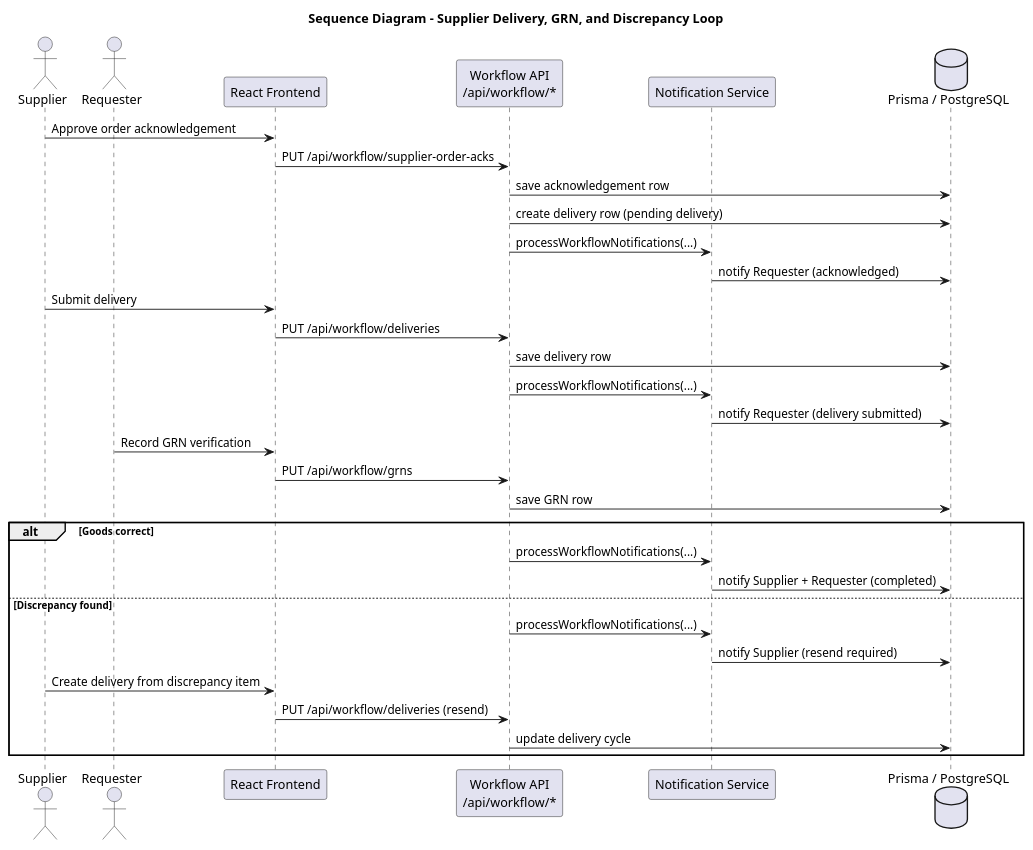
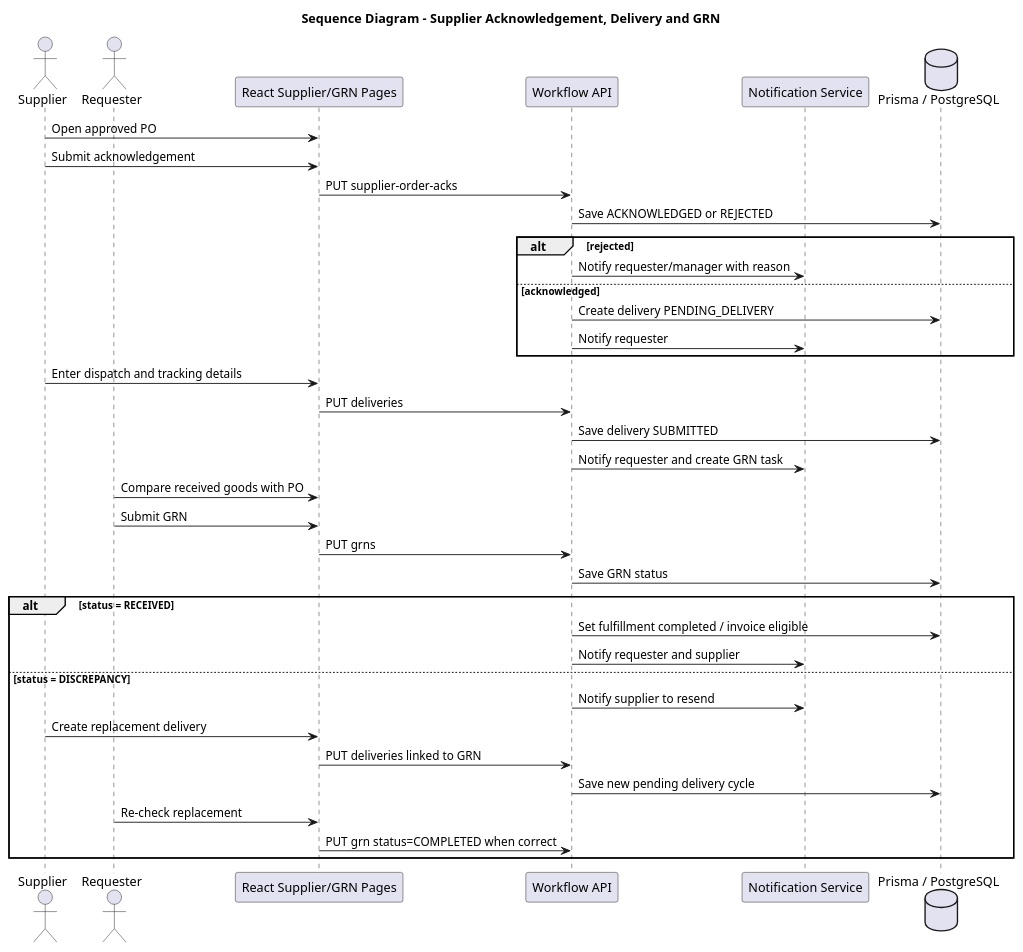
One commit to MoeyChingWei/FYP-MoeyChingWei changed the diagram in Diagram/sequence-supplier-delivery-grn-discrepancy.puml. Above: the diagram before and after it, drawn with PlantUML. The commit also changed 47 other files, not shown here.

Commit message:
Update for diagram

```diff
--- a/Diagram/sequence-supplier-delivery-grn-discrepancy.puml
+++ b/Diagram/sequence-supplier-delivery-grn-discrepancy.puml
@@ -1,39 +1,42 @@
 @startuml
-title Sequence Diagram - Supplier Delivery, GRN, and Discrepancy Loop
+title Sequence Diagram - Supplier Acknowledgement, Delivery and GRN
 
 actor Supplier
 actor Requester
-participant "React Frontend" as FE
-participant "Workflow API\n/api/workflow/*" as WF
+participant "React Supplier/GRN Pages" as FE
+participant "Workflow API" as WF
 participant "Notification Service" as NS
 database "Prisma / PostgreSQL" as DB
 
-Supplier -> FE: Approve order acknowledgement
-FE -> WF: PUT /api/workflow/supplier-order-acks
-WF -> DB: save acknowledgement row
-WF -> DB: create delivery row (pending delivery)
-WF -> NS: processWorkflowNotifications(...)
-NS -> DB: notify Requester (acknowledged)
-
-Supplier -> FE: Submit delivery
-FE -> WF: PUT /api/workflow/deliveries
-WF -> DB: save delivery row
-WF -> NS: processWorkflowNotifications(...)
-NS -> DB: notify Requester (delivery submitted)
-
-Requester -> FE: Record GRN verification
-FE -> WF: PUT /api/workflow/grns
-WF -> DB: save GRN row
-
-alt Goods correct
-  WF -> NS: processWorkflowNotifications(...)
-  NS -> DB: notify Supplier + Requester (completed)
-else Discrepancy found
-  WF -> NS: processWorkflowNotifications(...)
-  NS -> DB: notify Supplier (resend required)
-  Supplier -> FE: Create delivery from discrepancy item
-  FE -> WF: PUT /api/workflow/deliveries (resend)
-  WF -> DB: update delivery cycle
+Supplier -> FE: Open approved PO
+Supplier -> FE: Submit acknowledgement
+FE -> WF: PUT supplier-order-acks
+WF -> DB: Save ACKNOWLEDGED or REJECTED
+alt rejected
+  WF -> NS: Notify requester/manager with reason
+else acknowledged
+  WF -> DB: Create delivery PENDING_DELIVERY
+  WF -> NS: Notify requester
 end
 
+Supplier -> FE: Enter dispatch and tracking details
+FE -> WF: PUT deliveries
+WF -> DB: Save delivery SUBMITTED
+WF -> NS: Notify requester and create GRN task
+
+Requester -> FE: Compare received goods with PO
+Requester -> FE: Submit GRN
+FE -> WF: PUT grns
+WF -> DB: Save GRN status
+alt status = RECEIVED
+  WF -> DB: Set fulfillment completed / invoice eligible
+  WF -> NS: Notify requester and supplier
+else status = DISCREPANCY
+  WF -> NS: Notify supplier to resend
+  Supplier -> FE: Create replacement delivery
+  FE -> WF: PUT deliveries linked to GRN
+  WF -> DB: Save new pending delivery cycle
+  Requester -> FE: Re-check replacement
+  FE -> WF: PUT grn status=COMPLETED when correct
+end
 @enduml
```
